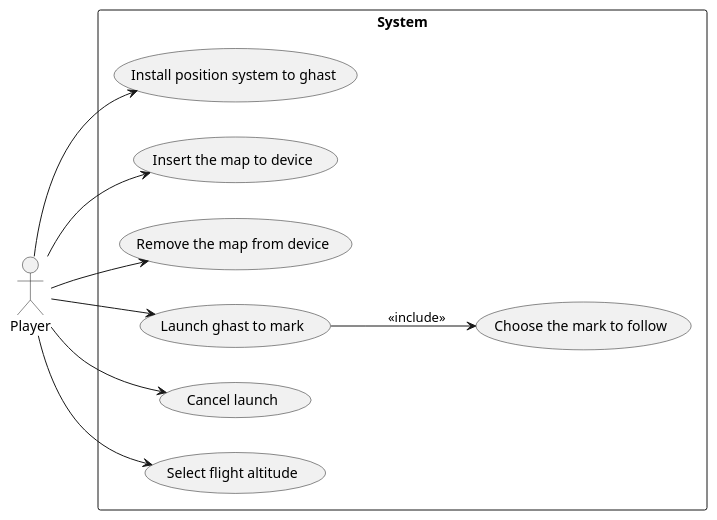
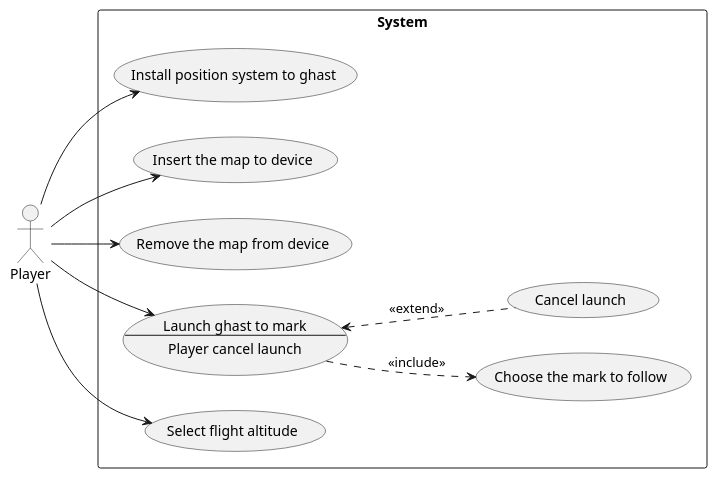
One commit to lordisfet/GhastPS changed the diagram in diagram/Use Case Diagram.puml. Above: the diagram before and after it, drawn with PlantUML. The commit also changed 1 other file, not shown here.

Commit message:
change diagrams

```diff
--- a/diagram/Use Case Diagram.puml
+++ b/diagram/Use Case Diagram.puml
@@ -1,25 +1,27 @@
 @startuml
 left to right direction
 
 actor Player as player
 
 rectangle System {
   usecase "Install position system to ghast" as install
   usecase "Insert the map to device" as mapInsert
   usecase "Remove the map from device" as mapRemove
   usecase "Choose the mark to follow" as markSelect
-  usecase "Launch ghast to mark" as launch
+  usecase launch as "Launch ghast to mark
+  --
+  Player cancel launch"
   usecase "Cancel launch" as cancel
   usecase "Select flight altitude" as altitudeSelect
 }
 
 player --> install
 player --> mapInsert
 player --> mapRemove
 player --> altitudeSelect
 player --> launch
-player --> cancel
 
-launch --> markSelect : <<include>>
+launch ..> markSelect : <<include>>
+launch <.. cancel : <<extend>>
 
 @enduml
```
